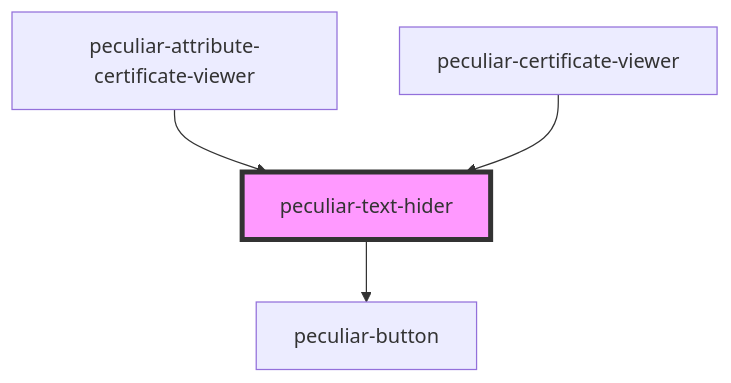
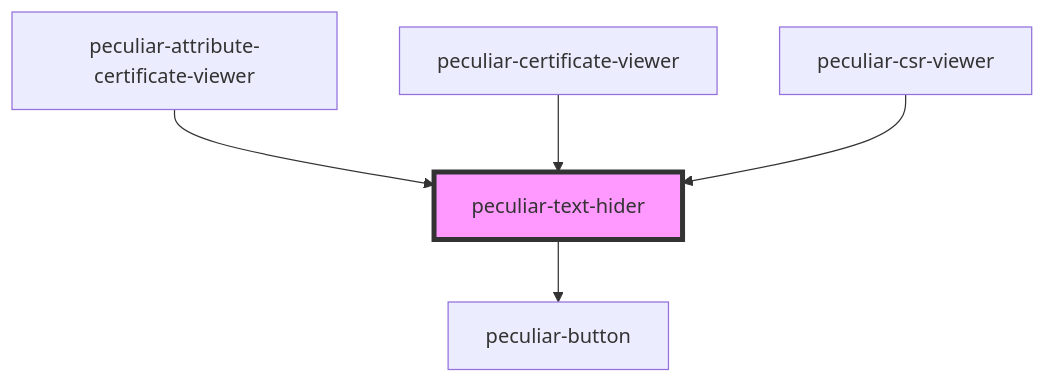
One commit to PeculiarVentures/pv-certificates-viewer changed the diagram in packages/webcomponents/src/components/text-hider/readme.md. Above: the diagram before and after it, drawn with Mermaid. The commit also changed other lines of this file and 6 other files, not shown here.

Commit message:
feat(webcomponents): add CSR viewer to certificate decode component

````diff
--- a/packages/webcomponents/src/components/text-hider/readme.md
+++ b/packages/webcomponents/src/components/text-hider/readme.md
@@ -34,7 +35,8 @@
 ```mermaid
 graph TD;
   peculiar-text-hider --> peculiar-button
   peculiar-attribute-certificate-viewer --> peculiar-text-hider
   peculiar-certificate-viewer --> peculiar-text-hider
+  peculiar-csr-viewer --> peculiar-text-hider
   style peculiar-text-hider fill:#f9f,stroke:#333,stroke-width:4px
 ```
````
